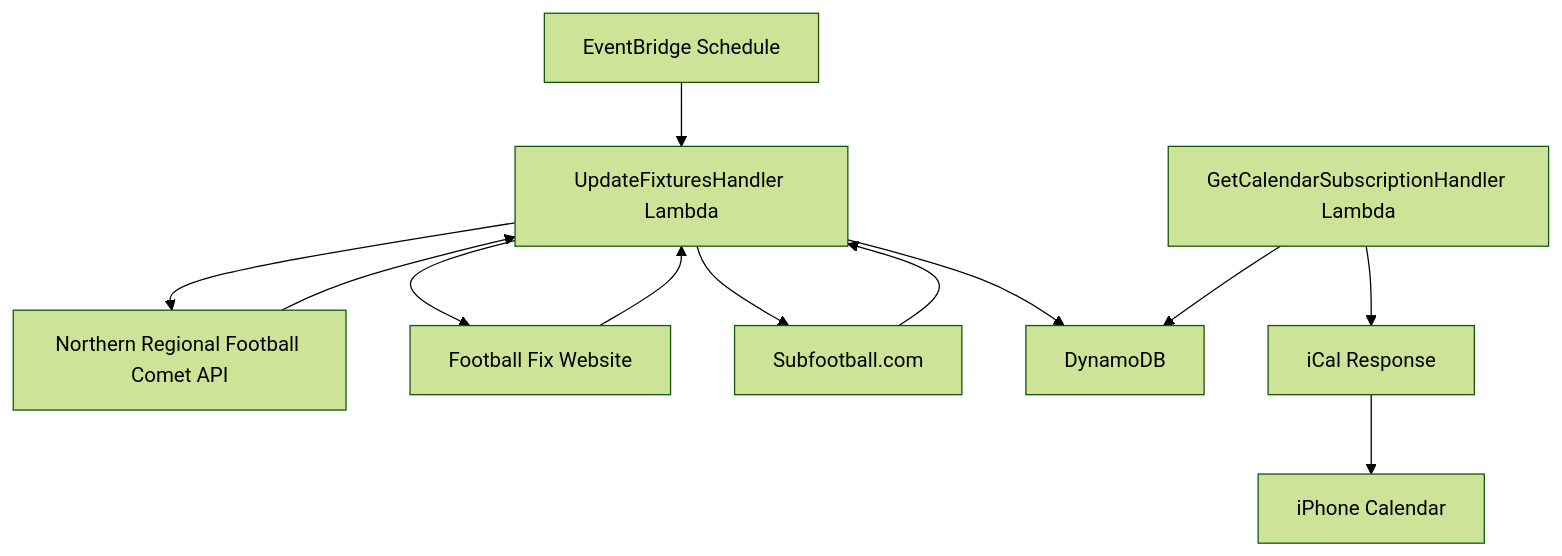
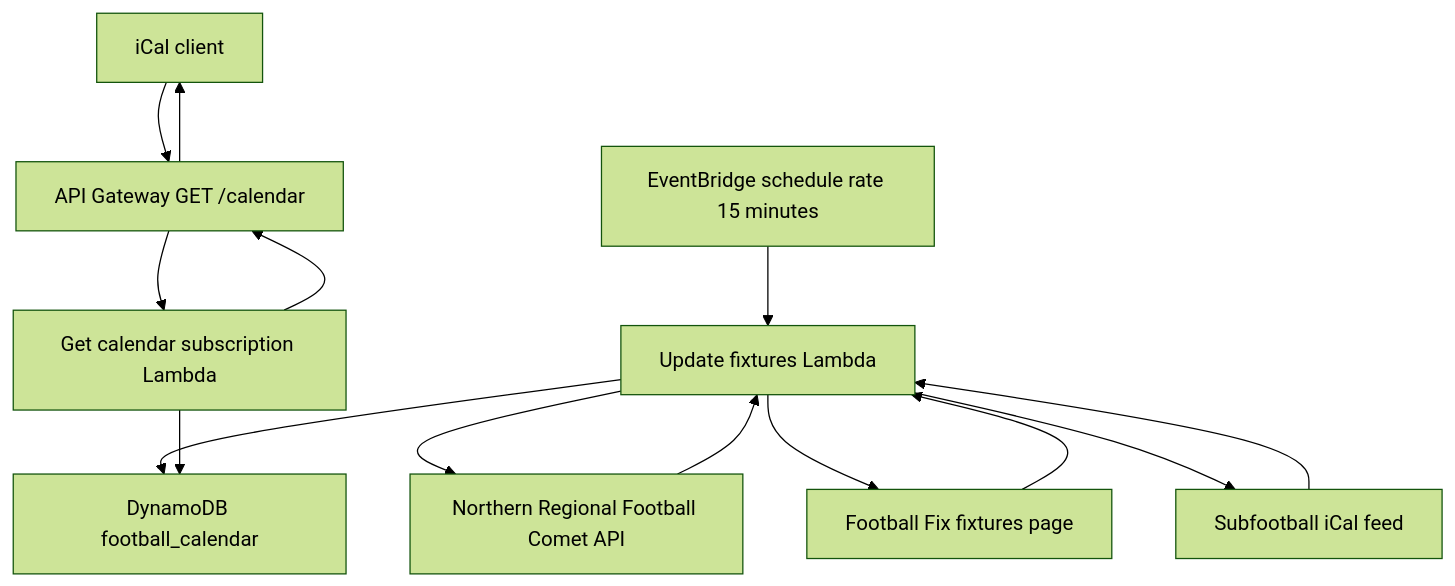
One commit to jordansimsmith/jordansimsmith-com changed the first of 2 diagrams in football_calendar_api/README.md. Above: the diagram before and after it, drawn with Mermaid (forest theme). The commit also changed other lines of this file and 9 other files, not shown here.

````diff
--- a/football_calendar_api/README.md
+++ b/football_calendar_api/README.md
@@ -7,14 +32,16 @@
 ```mermaid
-graph TD
-  A[EventBridge Schedule] --> B[UpdateFixturesHandler Lambda]
-  B --> C[Northern Regional Football Comet API]
-  C --> B
-  B --> H[Football Fix Website]
-  H --> B
-  B --> I[Subfootball.com]
-  I --> B
-  B --> D[DynamoDB]
-  E[GetCalendarSubscriptionHandler Lambda] --> D
-  E --> F[iCal Response]
-  F --> G[iPhone Calendar]
+flowchart TD
+  scheduler[EventBridge schedule rate 15 minutes] --> updateLambda[Update fixtures Lambda]
+  updateLambda --> comet[Northern Regional Football Comet API]
+  updateLambda --> footballFix[Football Fix fixtures page]
+  updateLambda --> subfootball[Subfootball iCal feed]
+  comet --> updateLambda
+  footballFix --> updateLambda
+  subfootball --> updateLambda
+  updateLambda --> ddb[DynamoDB football_calendar]
+  client[iCal client] --> apiGateway[API Gateway GET /calendar]
+  apiGateway --> getLambda[Get calendar subscription Lambda]
+  getLambda --> ddb
+  getLambda --> apiGateway
+  apiGateway --> client
 ```
````
